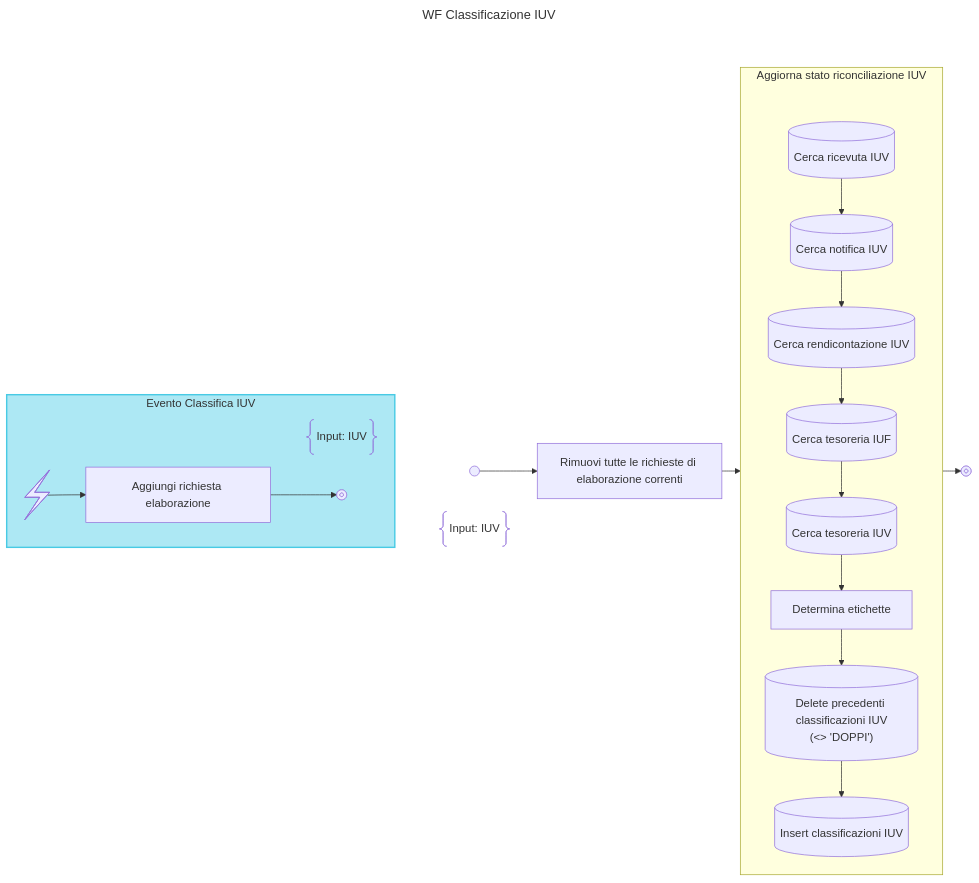
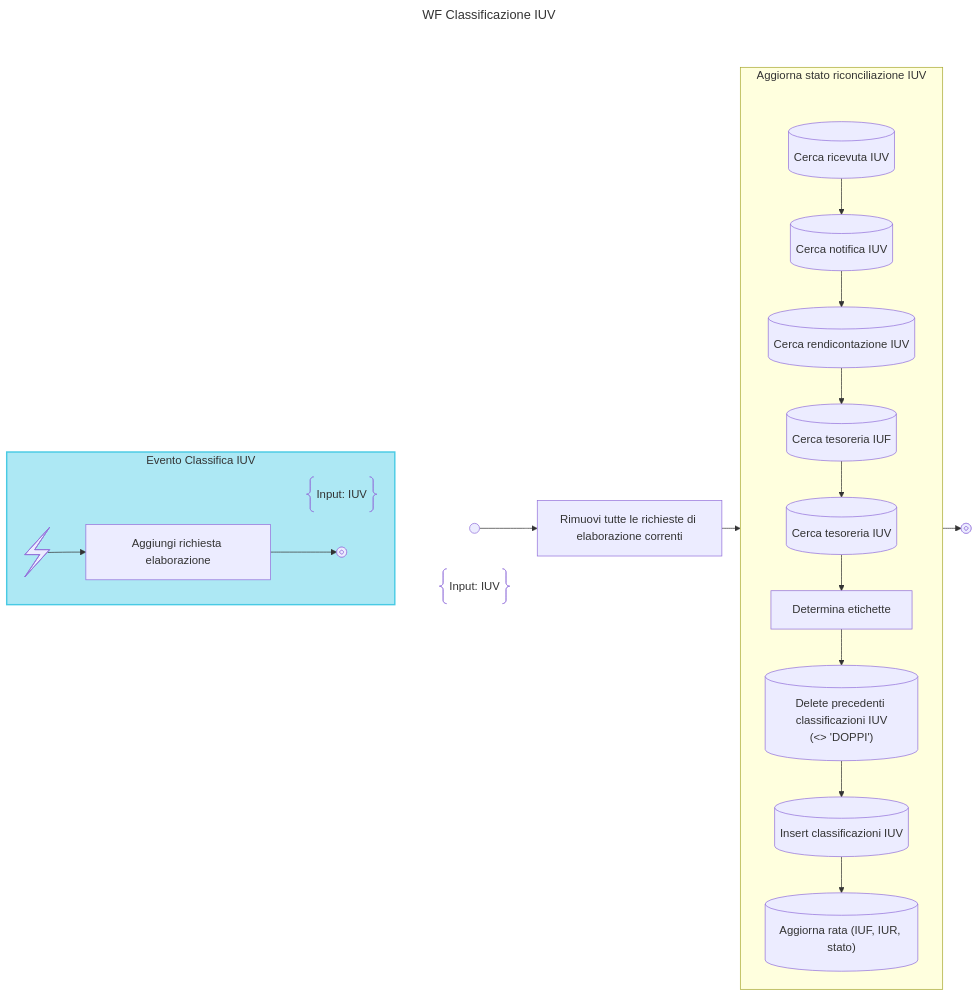
Before and after one commit to pagopa/p4pa-doc: the diagram in design/workflow/classificazioneIncassi/06.classificazioneIuv.mmd, drawn with Mermaid. The commit also changed 3 other files, not shown here.

```diff
--- a/design/workflow/classificazioneIncassi/06.classificazioneIuv.mmd
+++ b/design/workflow/classificazioneIncassi/06.classificazioneIuv.mmd
@@ -1,58 +1,59 @@
 ---
 title: WF Classificazione IUV
 config:
     flowchart:
         rankSpacing: 1
 ---
 flowchart TD
     subgraph WF_BLOCK
         subgraph NOTE_START_BLOCK
             DESCRIPTION@{ shape: braces, label: "Input: IUV" }
             START@{shape: start}
         end
         class NOTE_START_BLOCK hidden
 
         START -->
         REMOVE_ELAB_REQUESTS["Rimuovi tutte le richieste di elaborazione correnti"] -->
         CLASSIFY_IUV
 
         subgraph CLASSIFY_IUV["Aggiorna stato riconciliazione IUV"]
         direction TB
             DUMMY:::hidden --> FIND_RT
             linkStyle 2 display:none
 
             FIND_RT@{shape: database, label: "Cerca ricevuta IUV"} -->
             FIND_RT_NOTIFIED@{shape: database, label: "Cerca notifica IUV"} -->
             FIND_REND@{shape: database, label: "Cerca rendicontazione IUV"} -->
             FIND_TES_IUF@{shape: database, label: "Cerca tesoreria IUF"} -->
             FIND_TES_IUV@{shape: database, label: "Cerca tesoreria IUV"} -->
             CLASSIFY["Determina etichette"] -->
             DELETE_PREVIOUS@{shape: database, label: "Delete precedenti classificazioni IUV<BR />(<> 'DOPPI')"} -->
-            INSERT_NEW@{shape: database, label: "Insert classificazioni IUV"}
+            INSERT_NEW@{shape: database, label: "Insert classificazioni IUV"} -->
+            UPDATE_IUV@{shape: database, label: "Aggiorna rata (IUF, IUR, stato)"}
 
         end
 
        CLASSIFY_IUV --> END@{shape: stop}
     end
 
     class WF_BLOCK hidden
 
     subgraph SIGNALS_BLOCK
     direction LR
 
         subgraph SIGNAL_IUV_BLOCK["Evento Classifica IUV"]
         direction LR
             DESCRIPTION_SIGNAL_IUV@{ shape: braces, label: "Input: IUV" }
             SIGNAL_IUV@{ shape: bolt } -->
             ADD_SIGNAL_IUV["Aggiungi richiesta elaborazione"] -->
             SIGNAL_IUV_END@{ shape: "stop" }
         end
         class SIGNAL_IUV_BLOCK signal_block
     end
     class SIGNALS_BLOCK hidden
 
     classDef note_block display:none;
     classDef hidden display:none;
     classDef activity fill:#FFFFE0, stroke:#ffc300, stroke-width:2px;
     classDef loop fill:#CCFFCC, stroke:#7FBF7F, stroke-width:2px, padding-bottom: 5px;
     classDef signal_block fill:#ade8f4, stroke:#48cae4, stroke-width:2px
```
